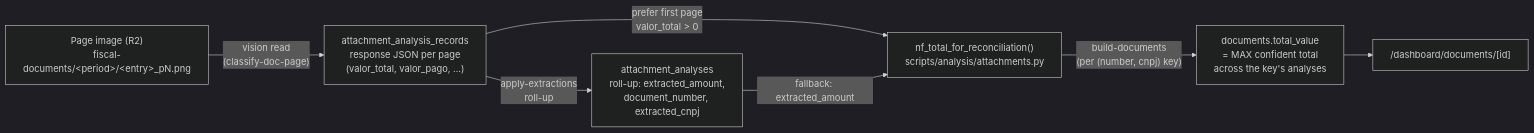
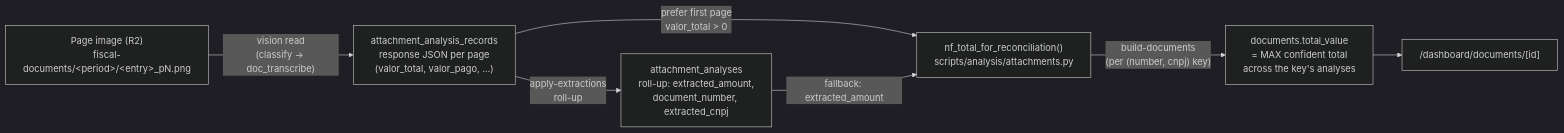
Before and after one commit to Gchahm/svhc-relatorios: the first of 5 diagrams in docs/runbooks/fix-document-vision-mismatch.md, drawn with Mermaid (dark theme). The commit also changed other lines of this file and 48 other files, not shown here.

````diff
--- a/docs/runbooks/fix-document-vision-mismatch.md
+++ b/docs/runbooks/fix-document-vision-mismatch.md
@@ -20,16 +20,16 @@
 ```mermaid
 flowchart LR
     IMG["Page image (R2)<br/>fiscal-documents/&lt;period&gt;/&lt;entry&gt;_pN.png"]
     REC["attachment_analysis_records<br/>response JSON per page<br/>(valor_total, valor_pago, …)"]
     ROLL["attachment_analyses<br/>roll-up: extracted_amount,<br/>document_number, extracted_cnpj"]
     NFT["nf_total_for_reconciliation()<br/>scripts/analysis/attachments.py"]
     DOC["documents.total_value<br/>= MAX confident total<br/>across the key's analyses"]
     UI["/dashboard/documents/[id]"]
 
-    IMG -->|"vision read<br/>(classify-doc-page)"| REC
+    IMG -->|"vision read<br/>(classify → doc_transcribe)"| REC
     REC -->|"apply-extractions<br/>roll-up"| ROLL
     REC -->|"prefer first page<br/>valor_total &gt; 0"| NFT
     ROLL -->|"fallback: extracted_amount"| NFT
     NFT -->|"build-documents<br/>(per (number, cnpj) key)"| DOC
     DOC --> UI
 ```
````
